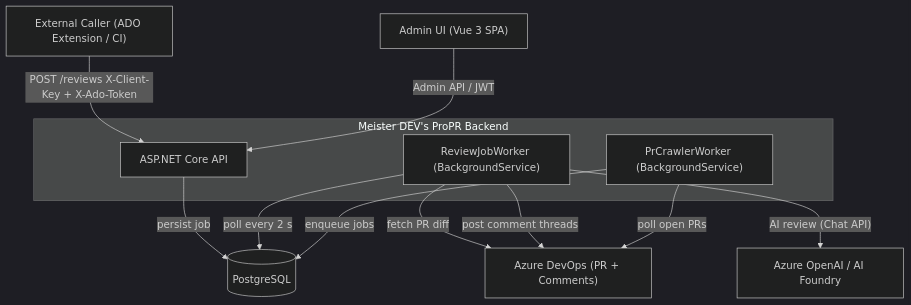
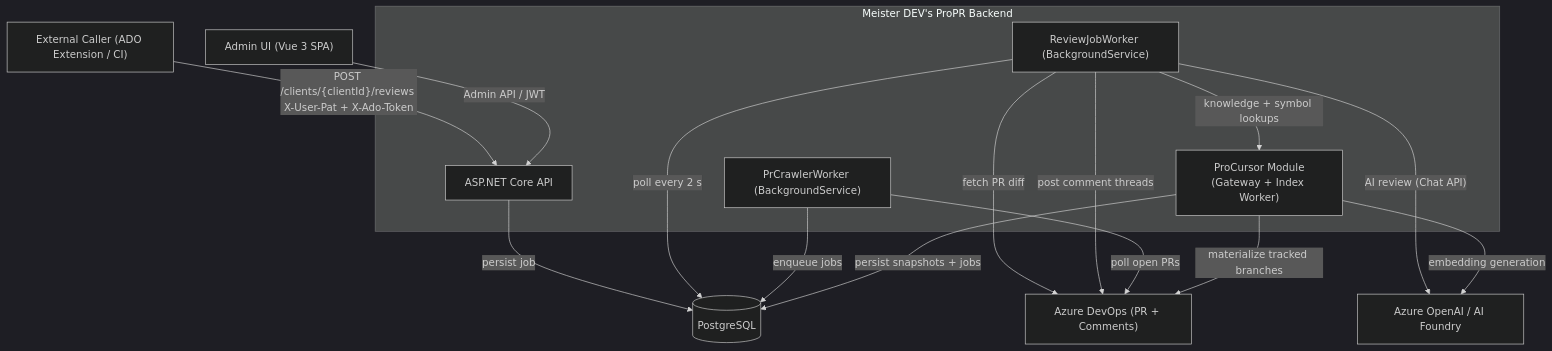
Before and after one commit to meister-dev-ai/propr: the first of 16 diagrams in docs/architecture.md, drawn with Mermaid (dark theme). The commit also changed other lines of this file and 709 other files, not shown here.

First line of the commit message:
Incremental review dedup + thread-memory embeddings; add ProCursor, guided ADO, per‑tier token reporting; migrate dismissals to memory; encrypt secrets; permissions/legacy cleanup; assorted bug/perf fixes.

````diff
--- a/docs/architecture.md
+++ b/docs/architecture.md
@@ -20,24 +26,29 @@
 ```mermaid
 flowchart TD
     ADO["Azure DevOps (PR + Comments)"]
     AOAI["Azure OpenAI / AI Foundry"]
     EXT["External Caller (ADO Extension / CI)"]
     PG[("PostgreSQL")]
     ADMINUI["Admin UI (Vue 3 SPA)"]
 
     subgraph backend["Meister DEV's ProPR Backend"]
         API["ASP.NET Core API"]
         WORKER["ReviewJobWorker (BackgroundService)"]
         CRAWLER["PrCrawlerWorker (BackgroundService)"]
+        PROCURSOR["ProCursor Module\n(Gateway + Index Worker)"]
     end
 
-    EXT -- "POST /reviews X-Client-Key + X-Ado-Token" --> API
+    EXT -- "POST /clients/{clientId}/reviews X-User-Pat + X-Ado-Token" --> API
     ADMINUI -- "Admin API / JWT" --> API
     API -- "persist job" --> PG
     WORKER -- "poll every 2 s" --> PG
     WORKER -- "fetch PR diff" --> ADO
     WORKER -- "AI review (Chat API)" --> AOAI
+    WORKER -- "knowledge + symbol lookups" --> PROCURSOR
     WORKER -- "post comment threads" --> ADO
     CRAWLER -- "poll open PRs" --> ADO
     CRAWLER -- "enqueue jobs" --> PG
+    PROCURSOR -- "persist snapshots + jobs" --> PG
+    PROCURSOR -- "materialize tracked branches" --> ADO
+    PROCURSOR -- "embedding generation" --> AOAI
 ```
````
